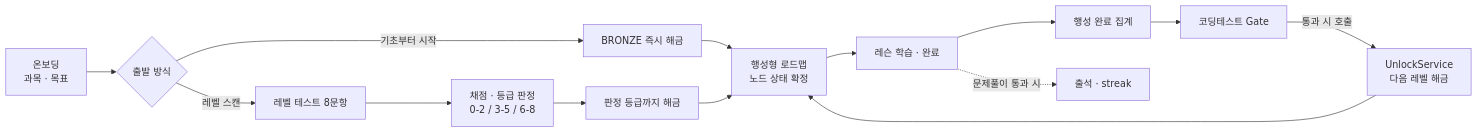
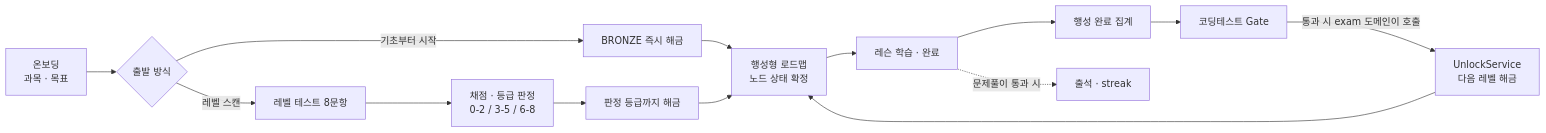
One commit to lastsummer0830/Knowva changed the first of 3 diagrams in README.md. Above: the diagram before and after it, drawn with Mermaid. The commit also changed other lines of this file and 1 other file, not shown here.

````diff
--- a/README.md
+++ b/README.md
@@ -84,16 +61,16 @@
 ```mermaid
 flowchart LR
     A["온보딩<br/>과목 · 목표"] --> B{"출발 방식"}
     B -->|"기초부터 시작"| C["BRONZE 즉시 해금"]
     B -->|"레벨 스캔"| D["레벨 테스트 8문항"]
     D --> E["채점 · 등급 판정<br/>0-2 / 3-5 / 6-8"]
     E --> F["판정 등급까지 해금"]
     C --> G["행성형 로드맵<br/>노드 상태 확정"]
     F --> G
     G --> H["레슨 학습 · 완료"]
     H --> I["행성 완료 집계"]
     I --> J["코딩테스트 Gate"]
-    J -->|"통과 시 호출"| K["UnlockService<br/>다음 레벨 해금"]
+    J -->|"통과 시 exam 도메인이 호출"| K["UnlockService<br/>다음 레벨 해금"]
     K --> G
     H -.->|"문제풀이 통과 시"| L["출석 · streak"]
 ```
````
